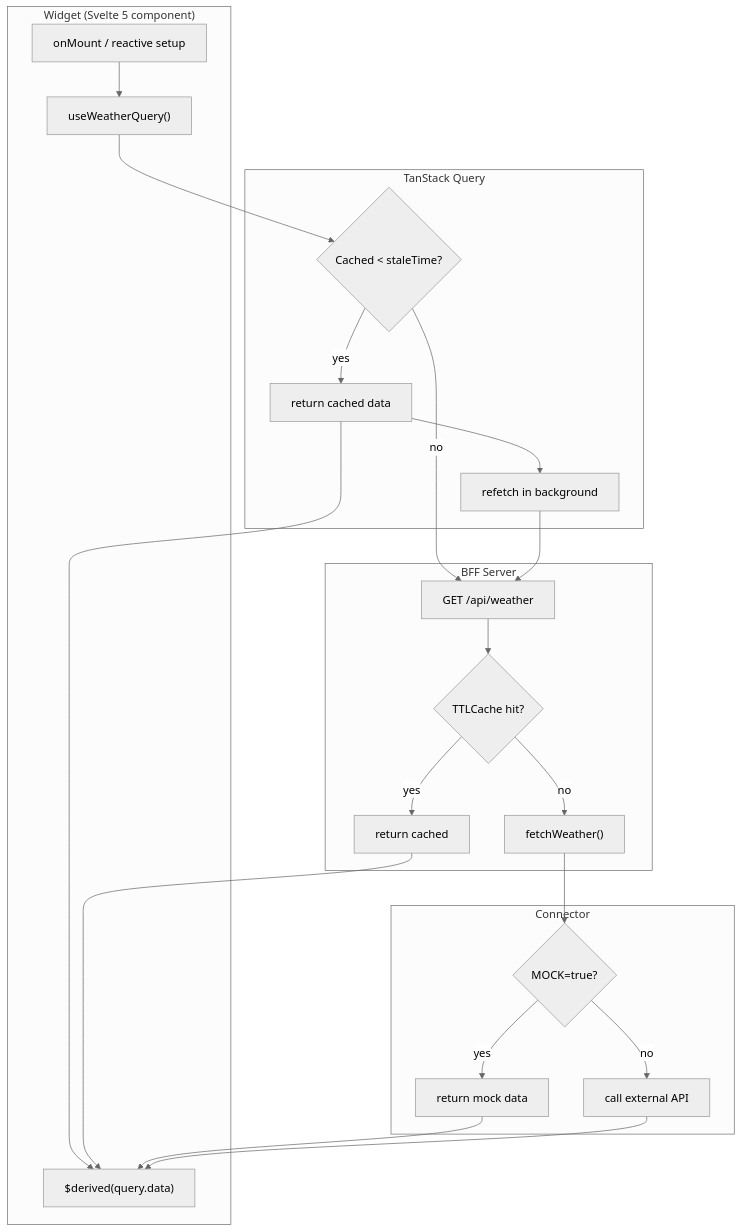
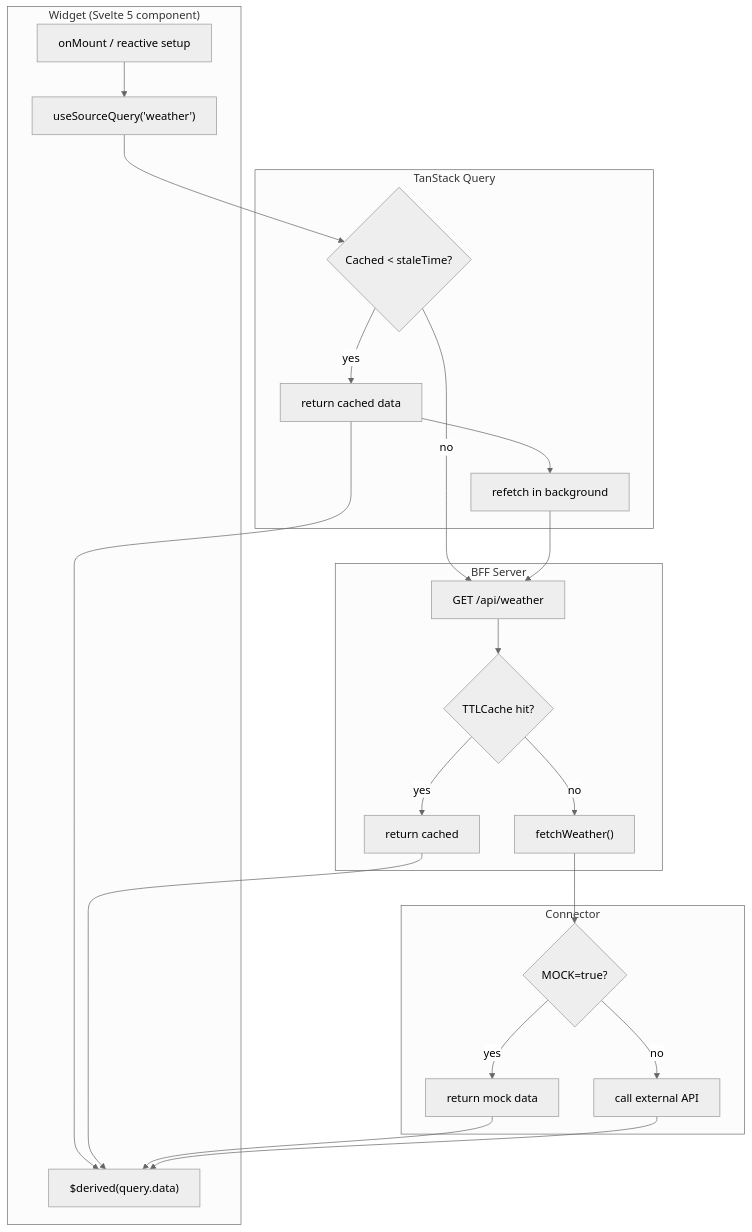
The first of 5 diagrams in docs/architecture/data-flow.md (gabrielLoff/dashboard), drawn with Mermaid (neutral theme) before and after one commit. The commit also changed other lines of this file and 8 other files, not shown here.

````diff
--- a/docs/architecture/data-flow.md
+++ b/docs/architecture/data-flow.md
@@ -7,42 +7,42 @@
 ```mermaid
 flowchart TD
     subgraph Widget["Widget (Svelte 5 component)"]
         Mount["onMount / reactive setup"]
-        Query["useWeatherQuery()"]
+        Query["useSourceQuery('weather')"]
         Derive["$derived(query.data)"]
     end
 
     subgraph TQ["TanStack Query"]
-        CacheCheck{"Cached &lt; staleTime?"}
+        CacheCheck{"Cached < staleTime?"}
         Return["return cached data"]
         BGRefetch["refetch in background"]
     end
 
     subgraph BFF["BFF Server"]
         Route["GET /api/weather"]
         CacheCheck2{"TTLCache hit?"}
         Return2["return cached"]
         Call["fetchWeather()"]
     end
 
     subgraph Connector["Connector"]
         MockCheck{"MOCK=true?"}
         Mock["return mock data"]
         Real["call external API"]
     end
 
     Mount --> Query --> CacheCheck
     CacheCheck -->|yes| Return
     CacheCheck -->|no| Route
-    
+
     Return --> BGRefetch --> Route
     Return --> Derive
 
     Route --> CacheCheck2
     CacheCheck2 -->|yes| Return2 --> Derive
     CacheCheck2 -->|no| Call
 
     Call --> MockCheck
     MockCheck -->|yes| Mock --> Derive
     MockCheck -->|no| Real --> Derive
 ```
````
